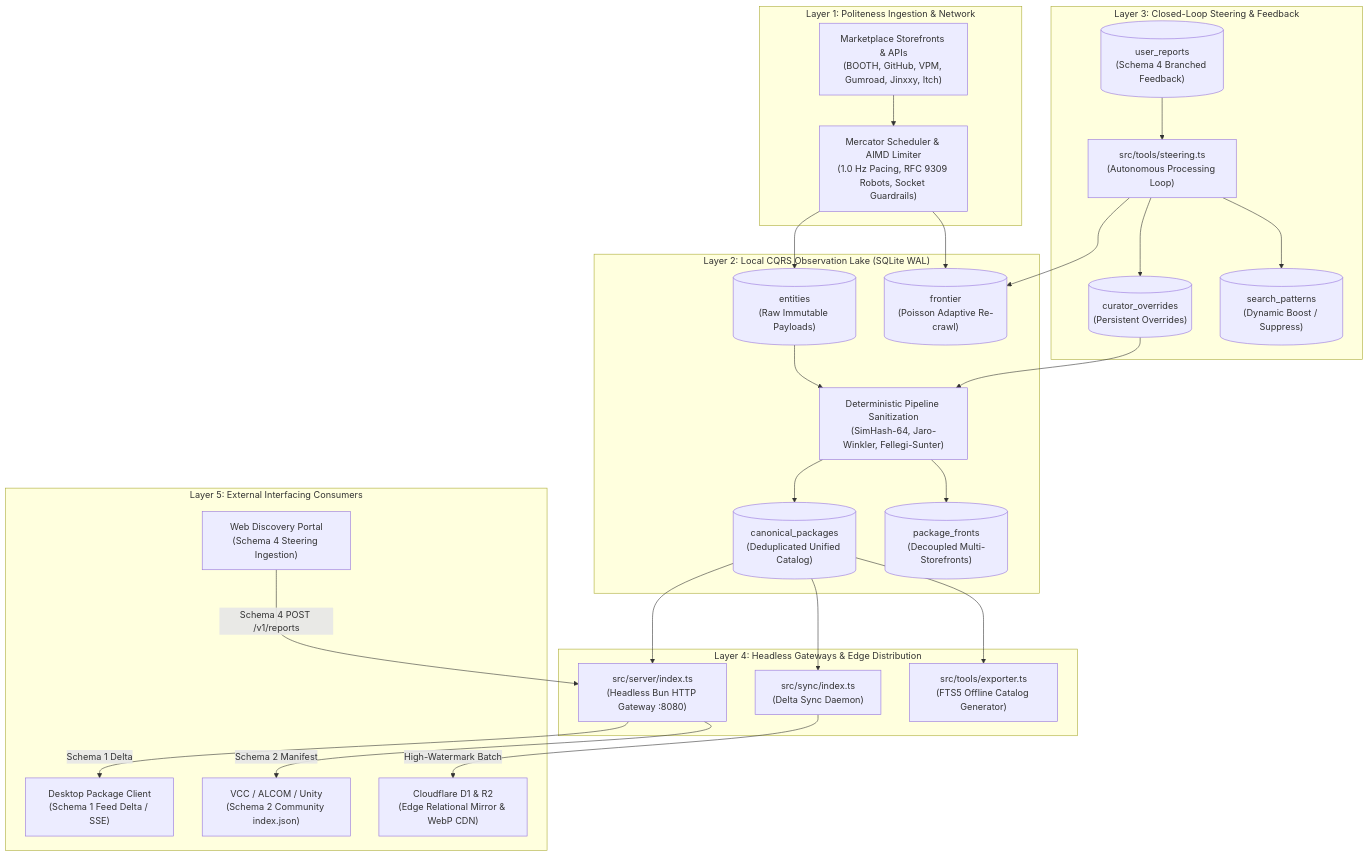
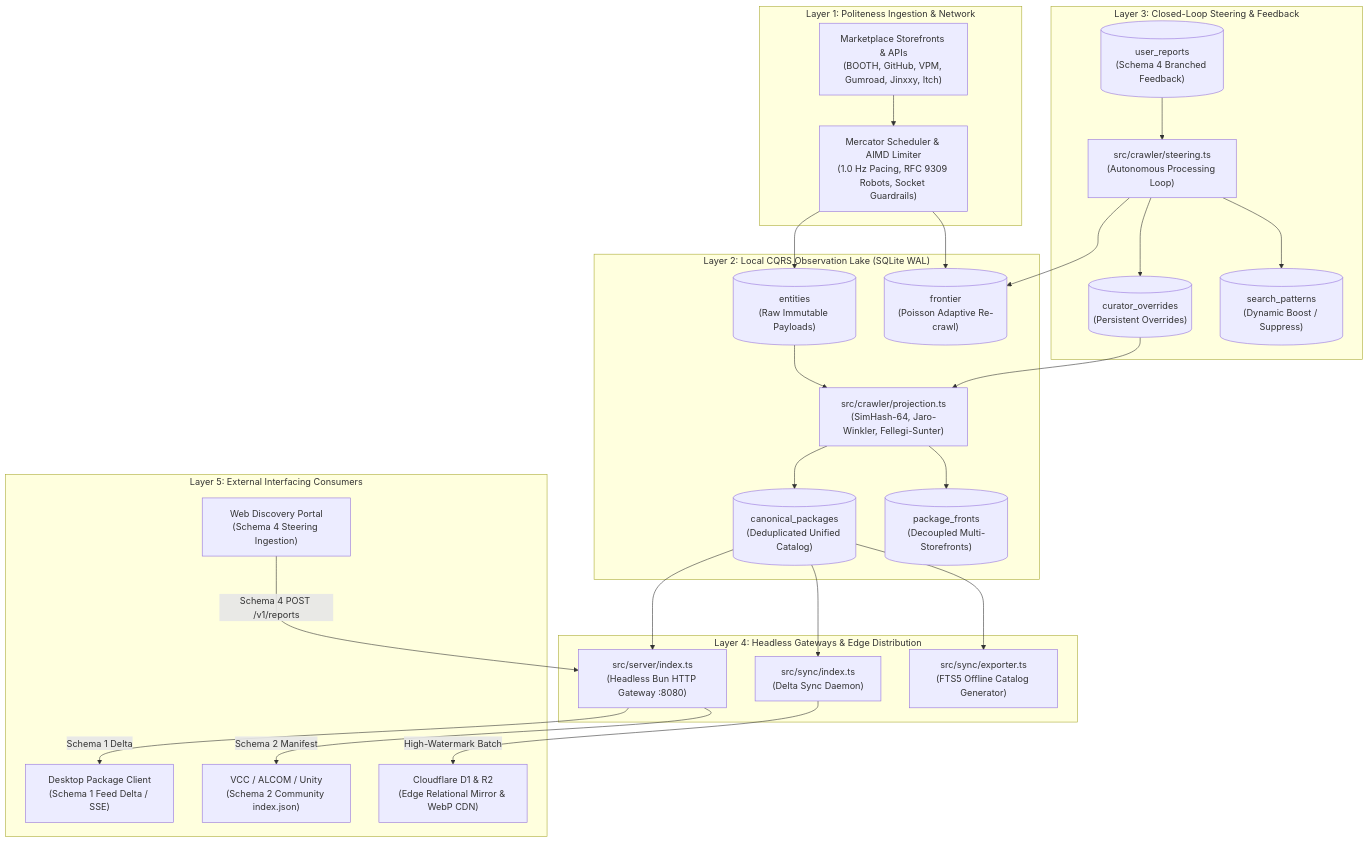
The diagram in AGENT.md (SlamTheDragon/vrc-package-crawler), drawn with Mermaid before and after one commit. The commit also changed other lines of this file and 35 other files, not shown here.

````diff
--- a/AGENT.md
+++ b/AGENT.md
@@ -16,48 +16,48 @@
 ```mermaid
 flowchart TD
     subgraph "Layer 1: Politeness Ingestion & Network"
         DOM["Marketplace Storefronts & APIs\n(BOOTH, GitHub, VPM, Gumroad, Jinxxy, Itch)"]
         AIMD["Mercator Scheduler & AIMD Limiter\n(1.0 Hz Pacing, RFC 9309 Robots, Socket Guardrails)"]
         DOM --> AIMD
     end
 
     subgraph "Layer 2: Local CQRS Observation Lake (SQLite WAL)"
         AIMD --> LAKE[("entities\n(Raw Immutable Payloads)")]
         AIMD --> FRONTIER[("frontier\n(Poisson Adaptive Re-crawl)")]
-        LAKE --> PIPELINE["Deterministic Pipeline Sanitization\n(SimHash-64, Jaro-Winkler, Fellegi-Sunter)"]
+        LAKE --> PIPELINE["src/crawler/projection.ts\n(SimHash-64, Jaro-Winkler, Fellegi-Sunter)"]
         PIPELINE --> CANONICAL[("canonical_packages\n(Deduplicated Unified Catalog)")]
         PIPELINE --> FRONTS[("package_fronts\n(Decoupled Multi-Storefronts)")]
     end
 
     subgraph "Layer 3: Closed-Loop Steering & Feedback"
         REPORTS[("user_reports\n(Schema 4 Branched Feedback)")]
-        STEER["src/tools/steering.ts\n(Autonomous Processing Loop)"]
+        STEER["src/crawler/steering.ts\n(Autonomous Processing Loop)"]
         OVERRIDES[("curator_overrides\n(Persistent Overrides)")]
         PATTERNS[("search_patterns\n(Dynamic Boost / Suppress)")]
         REPORTS --> STEER
         STEER --> OVERRIDES
         STEER --> PATTERNS
         STEER --> FRONTIER
         OVERRIDES --> PIPELINE
     end
 
     subgraph "Layer 4: Headless Gateways & Edge Distribution"
         HTTP["src/server/index.ts\n(Headless Bun HTTP Gateway :8080)"]
         SYNC["src/sync/index.ts\n(Delta Sync Daemon)"]
-        EXPORT["src/tools/exporter.ts\n(FTS5 Offline Catalog Generator)"]
+        EXPORT["src/sync/exporter.ts\n(FTS5 Offline Catalog Generator)"]
         CANONICAL --> HTTP
         CANONICAL --> SYNC
         CANONICAL --> EXPORT
     end
 
     subgraph "Layer 5: External Interfacing Consumers"
         DESKTOP["Desktop Package Client\n(Schema 1 Feed Delta / SSE)"]
         VCC["VCC / ALCOM / Unity\n(Schema 2 Community index.json)"]
         WEB["Web Discovery Portal\n(Schema 4 Steering Ingestion)"]
         D1["Cloudflare D1 & R2\n(Edge Relational Mirror & WebP CDN)"]
         HTTP -->|Schema 1 Delta| DESKTOP
         HTTP -->|Schema 2 Manifest| VCC
         WEB -->|Schema 4 POST /v1/reports| HTTP
         SYNC -->|High-Watermark Batch| D1
     end
 ```
````
